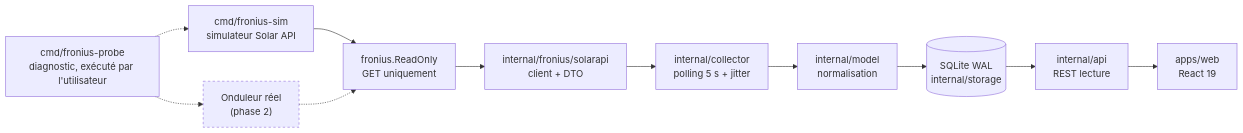
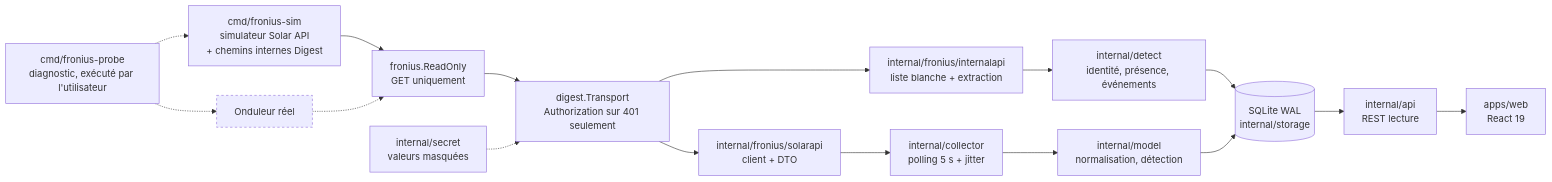
The diagram in docs/ARCHITECTURE.md (remylavergne/fronius-dashboard), drawn with Mermaid before and after one commit. The commit also changed other lines of this file and 48 other files, not shown here.

First line of the commit message:
feat: lecture authentifiée des chemins internes de l'appareil

````diff
--- a/docs/ARCHITECTURE.md
+++ b/docs/ARCHITECTURE.md
@@ -9,23 +9,31 @@
 ```mermaid
 flowchart LR
-  SIM["cmd/fronius-sim<br/>simulateur Solar API"]
-  INV["Onduleur réel<br/>(phase 2)"]:::futur
+  SIM["cmd/fronius-sim<br/>simulateur Solar API<br/>+ chemins internes Digest"]
+  INV["Onduleur réel"]:::futur
   RO["fronius.ReadOnly<br/>GET uniquement"]
+  DG["digest.Transport<br/>Authorization sur 401 seulement"]
   SA["internal/fronius/solarapi<br/>client + DTO"]
-  MOD["internal/model<br/>normalisation"]
+  IA["internal/fronius/internalapi<br/>liste blanche + extraction"]
   COL["internal/collector<br/>polling 5 s + jitter"]
+  DET["internal/detect<br/>identité, présence, événements"]
+  MOD["internal/model<br/>normalisation, détection"]
+  SEC["internal/secret<br/>valeurs masquées"]
   DB[("SQLite WAL<br/>internal/storage")]
   API["internal/api<br/>REST lecture"]
   WEB["apps/web<br/>React 19"]
   PROBE["cmd/fronius-probe<br/>diagnostic, exécuté par l'utilisateur"]
 
   SIM --> RO
   INV -.-> RO
-  RO --> SA --> COL
+  RO --> DG
+  DG --> SA --> COL
+  DG --> IA --> DET
+  DET --> DB
   COL --> MOD --> DB
+  SEC -.-> DG
   PROBE -.-> SIM
   PROBE -.-> INV
   DB --> API --> WEB
 
   classDef futur stroke-dasharray: 4 4
 ```
````
